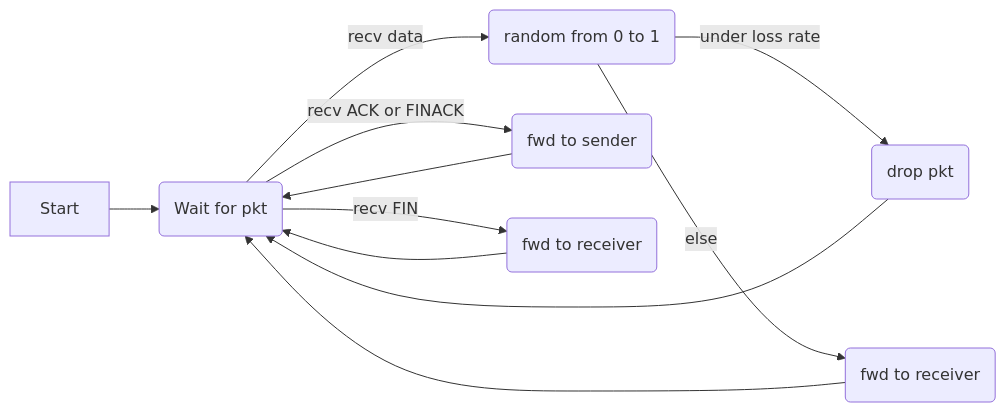
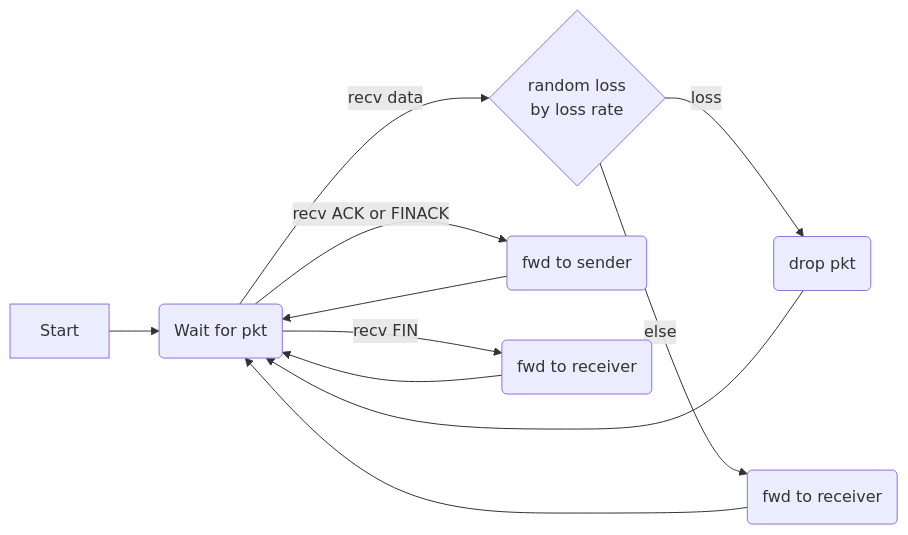
One commit to henlium/CN_HW2_2017 changed the second of 3 diagrams in report.md. Above: the diagram before and after it, drawn with Mermaid. The commit also changed other lines of this file and 1 other file, not shown here.

````diff
--- a/report.md
+++ b/report.md
@@ -57,13 +58,13 @@
   ```mermaid
   graph LR
   Start-->A(Wait for pkt)
-  A-->|recv data|B(random from 0 to 1)
-  B-->|under loss rate|C(drop pkt)
+  A-->|recv data|B{random loss<br>by loss rate}
+  B-->|loss|C(drop pkt)
   B-->|else|D(fwd to receiver)
   C-->A
   D-->A
   A-->|recv ACK or FINACK|E(fwd to sender)
   E-->A
   A-->|recv FIN|F(fwd to receiver)
   F-->A
   ```
````
